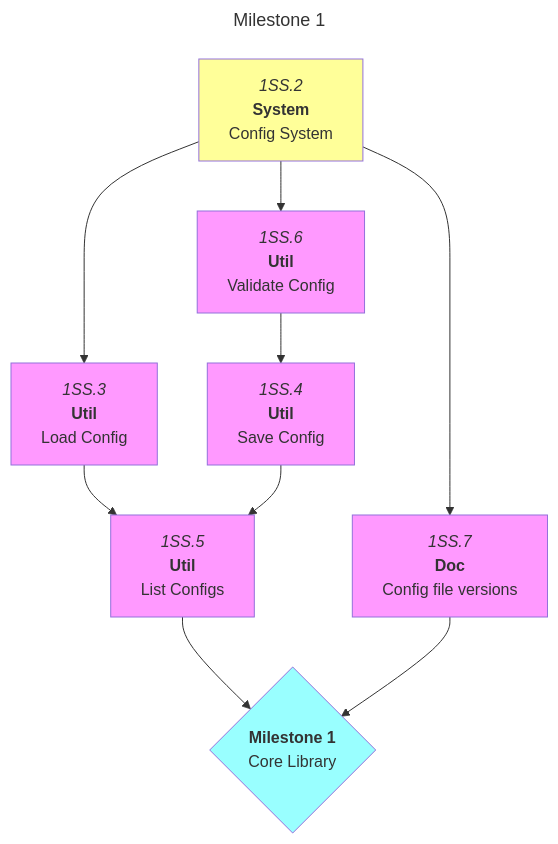
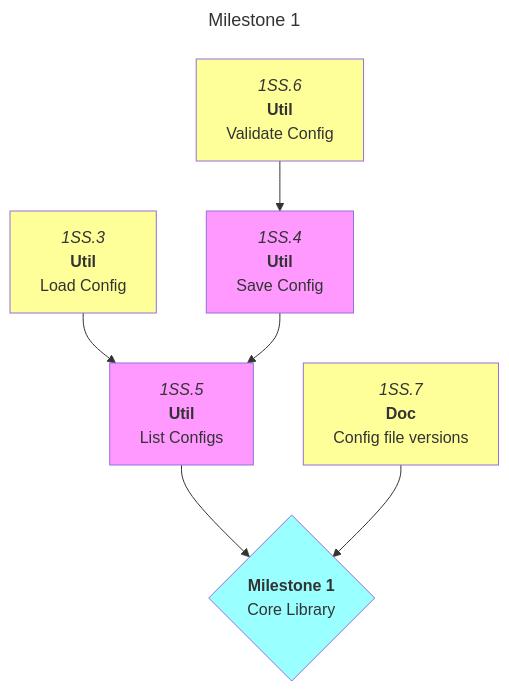
One commit to foundersandcoders/iris changed the first of 6 diagrams in docs/roadmaps/mvp.md. Above: the diagram before and after it, drawn with Mermaid. The commit also changed other lines of this file, not shown here.

Commit message:
docs: update roadmap

````diff
--- a/docs/roadmaps/mvp.md
+++ b/docs/roadmaps/mvp.md
@@ -46,19 +46,18 @@
 ```mermaid
 ---
 title: Milestone 1
 ---
 graph TD
 
-1SS.2["`*1SS.2*<br/>**System**<br/>Config System`"]:::open --> 1SS.3 & 1SS.6 & 1SS.7
-1SS.3["`*1SS.3*<br/>**Util**<br/>Load Config`"] --> 1SS.5
+1SS.3["`*1SS.3*<br/>**Util**<br/>Load Config`"]:::open --> 1SS.5
 1SS.4["`*1SS.4*<br/>**Util**<br/>Save Config`"] --> 1SS.5
 1SS.5["`*1SS.5*<br/>**Util**<br/>List Configs`"] --> m1
-1SS.6["`*1SS.6*<br/>**Util**<br/>Validate Config`"] --> 1SS.4
-1SS.7["`*1SS.7*<br/>**Doc**<br/>Config file versions`"] --> m1
+1SS.6["`*1SS.6*<br/>**Util**<br/>Validate Config`"]:::open --> 1SS.4
+1SS.7["`*1SS.7*<br/>**Doc**<br/>Config file versions`"]:::open --> m1
 
 m1{"`**Milestone 1**<br/>Core Library`"}:::mile
 
 classDef default,blocked fill:#f9f;
 classDef open fill:#ff9;
 classDef mile fill:#9ff;
 ```
````
